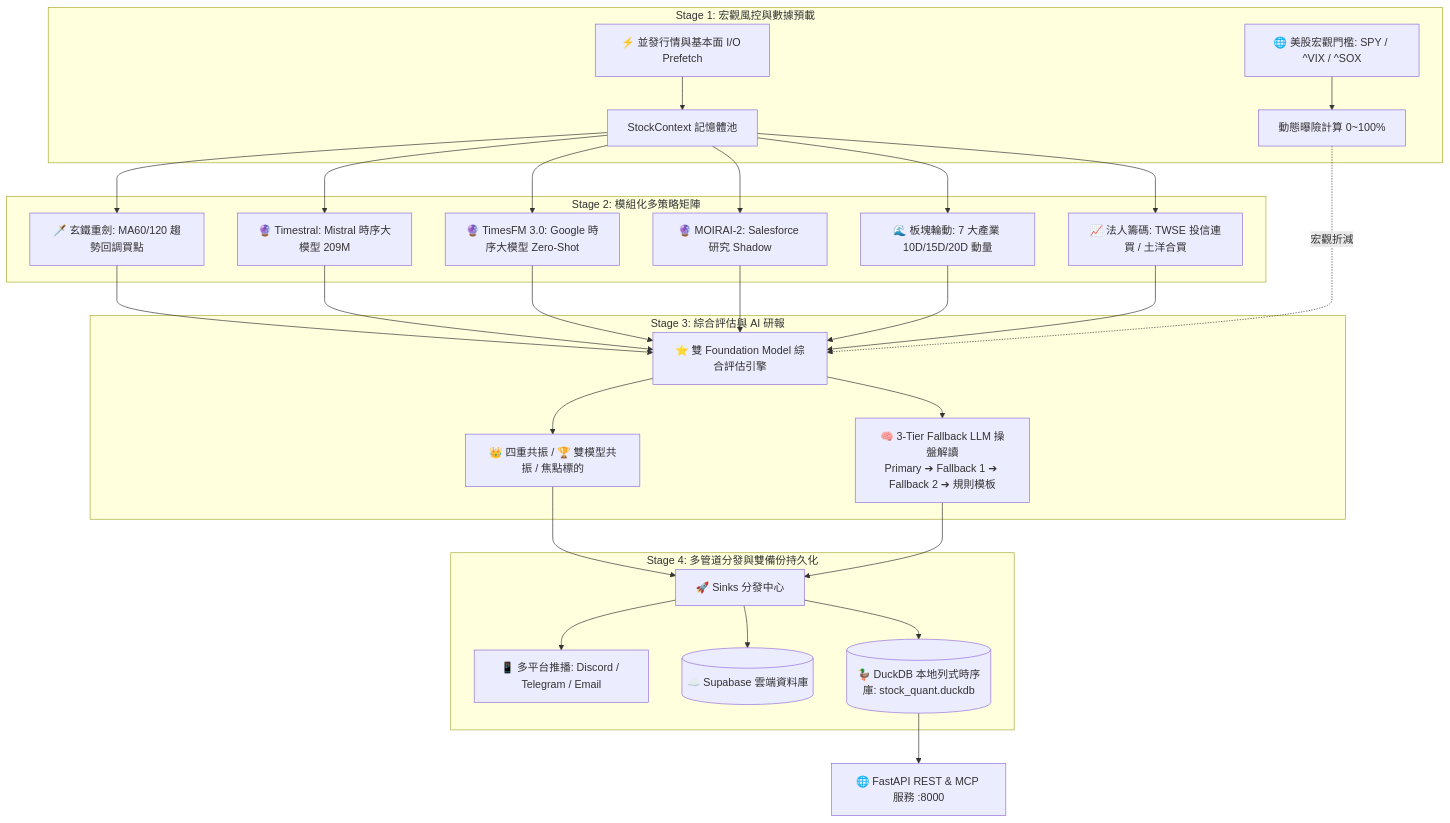
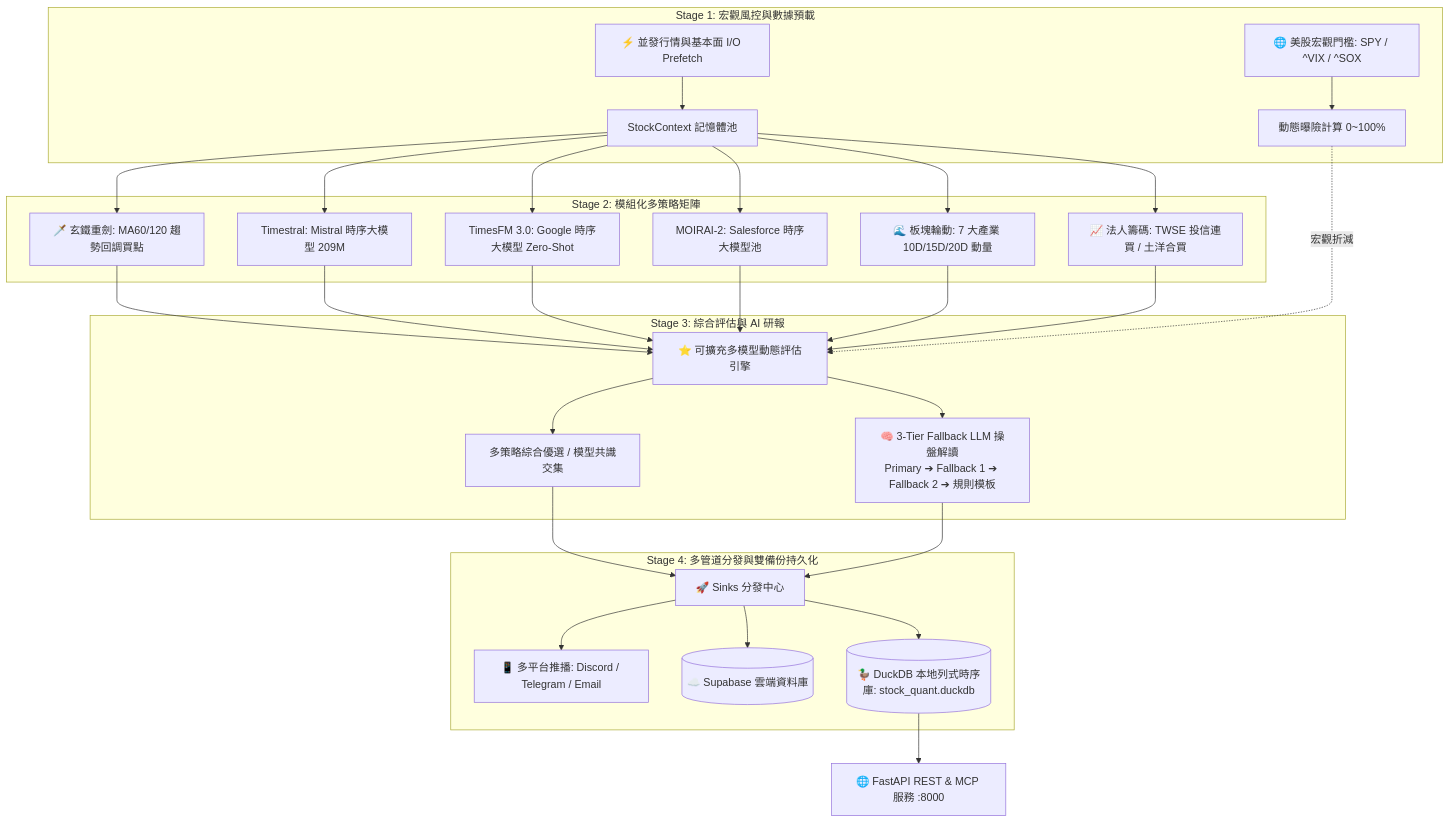
One commit to tbdavid2019/stock-underdog-ml changed the diagram in README.md. Above: the diagram before and after it, drawn with Mermaid. The commit also changed other lines of this file and 12 other files, not shown here.

````diff
--- a/README.md
+++ b/README.md
@@ -42,32 +42,32 @@
 ```mermaid
 graph TD
     subgraph S1 [Stage 1: 宏觀風控與數據預載]
         Macro[🌐 美股宏觀門檻: SPY / ^VIX / ^SOX] --> Exposure[動態曝險計算 0~100%]
         IO[⚡ 並發行情與基本面 I/O Prefetch] --> Pool[StockContext 記憶體池]
     end
 
     subgraph S2 [Stage 2: 模組化多策略矩陣]
         Pool --> ST1[🗡️ 玄鐵重劍: MA60/120 趨勢回調買點]
-        Pool --> ST2[🔮 Timestral: Mistral 時序大模型 209M]
-        Pool --> ST3[🔮 TimesFM 3.0: Google 時序大模型 Zero-Shot]
-        Pool --> ST4[🔮 MOIRAI-2: Salesforce 研究 Shadow]
+        Pool --> ST2[Timestral: Mistral 時序大模型 209M]
+        Pool --> ST3[TimesFM 3.0: Google 時序大模型 Zero-Shot]
+        Pool --> ST4[MOIRAI-2: Salesforce 時序大模型池]
         Pool --> ST5[🌊 板塊輪動: 7 大產業 10D/15D/20D 動量]
         Pool --> ST6[📈 法人籌碼: TWSE 投信連買 / 土洋合買]
     end
 
     subgraph S3 [Stage 3: 綜合評估與 AI 研報]
-        ST1 & ST2 & ST3 & ST4 & ST5 & ST6 --> Composite[⭐ 雙 Foundation Model 綜合評估引擎]
+        ST1 & ST2 & ST3 & ST4 & ST5 & ST6 --> Composite[⭐ 可擴充多模型動態評估引擎]
         Exposure -.->|宏觀折減| Composite
-        Composite --> Overlap[👑 四重共振 / 🏆 雙模型共振 / 焦點標的]
+        Composite --> Overlap[多策略綜合優選 / 模型共識交集]
         Composite --> LLM[🧠 3-Tier Fallback LLM 操盤解讀<br>Primary ➔ Fallback 1 ➔ Fallback 2 ➔ 規則模板]
     end
 
     subgraph S4 [Stage 4: 多管道分發與雙備份持久化]
         Overlap & LLM --> Sinks[🚀 Sinks 分發中心]
         Sinks --> Push[📱 多平台推播: Discord / Telegram / Email]
         Sinks --> CloudDB[(☁️ Supabase 雲端資料庫)]
         Sinks --> LocalDB[(🦆 DuckDB 本地列式時序庫: stock_quant.duckdb)]
     end
 
     LocalDB --> API[🌐 FastAPI REST & MCP 服務 :8000]
 ```
````
